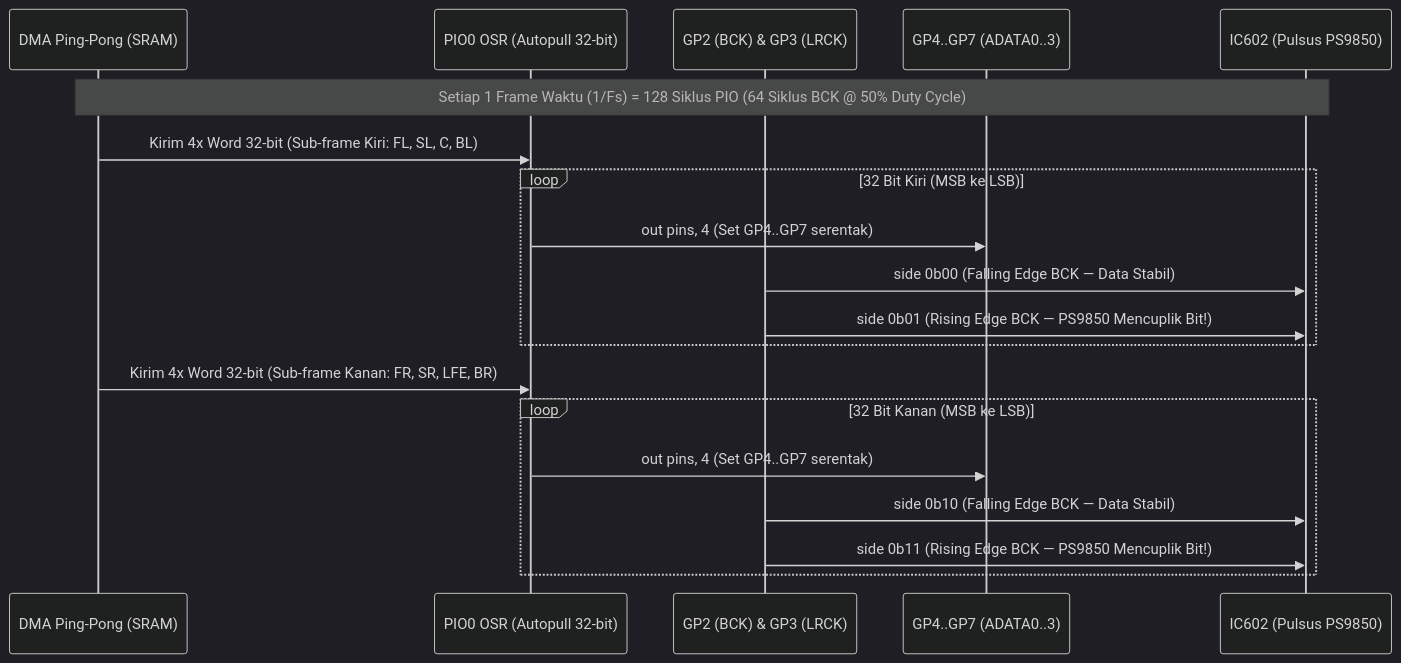
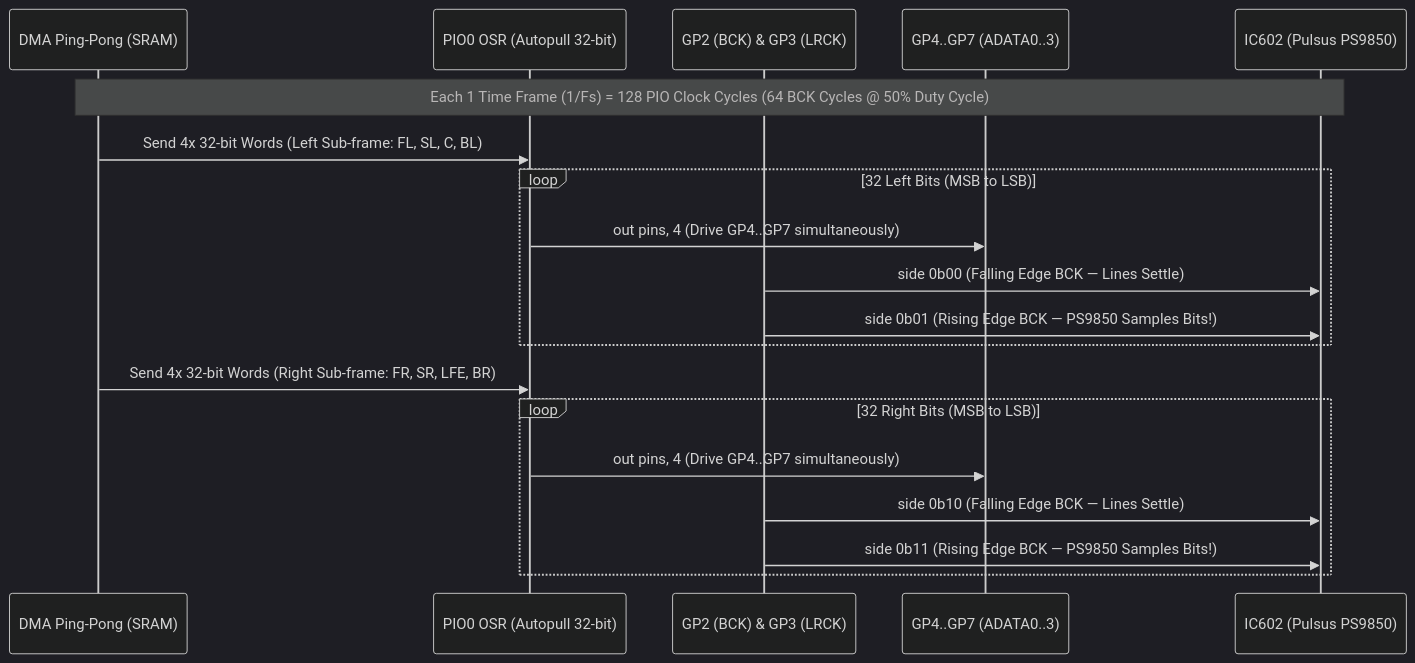
One commit to aan-andiyanaS/LG-HT306-Direct-I2S-5.1-7.1-Lossless-96kHz-USB-Bridge changed the first of 2 diagrams in docs/03_PIO_4Lane_I2S_and_DualCore_DMA.md. Above: the diagram before and after it, drawn with Mermaid (dark theme). The commit also changed other lines of this file and 11 other files, not shown here.

````diff
--- a/docs/03_PIO_4Lane_I2S_and_DualCore_DMA.md
+++ b/docs/03_PIO_4Lane_I2S_and_DualCore_DMA.md
@@ -15,22 +19,22 @@
 ```mermaid
 sequenceDiagram
     participant DMA as DMA Ping-Pong (SRAM)
     participant OSR as PIO0 OSR (Autopull 32-bit)
     participant BCK as GP2 (BCK) & GP3 (LRCK)
     participant DATA as GP4..GP7 (ADATA0..3)
     participant PS as IC602 (Pulsus PS9850)
 
-    Note over DMA,PS: Setiap 1 Frame Waktu (1/Fs) = 128 Siklus PIO (64 Siklus BCK @ 50% Duty Cycle)
-    DMA->>OSR: Kirim 4x Word 32-bit (Sub-frame Kiri: FL, SL, C, BL)
-    loop 32 Bit Kiri (MSB ke LSB)
-        OSR->>DATA: out pins, 4 (Set GP4..GP7 serentak)
-        BCK->>PS: side 0b00 (Falling Edge BCK — Data Stabil)
-        BCK->>PS: side 0b01 (Rising Edge BCK — PS9850 Mencuplik Bit!)
+    Note over DMA,PS: Each 1 Time Frame (1/Fs) = 128 PIO Clock Cycles (64 BCK Cycles @ 50% Duty Cycle)
+    DMA->>OSR: Send 4x 32-bit Words (Left Sub-frame: FL, SL, C, BL)
+    loop 32 Left Bits (MSB to LSB)
+        OSR->>DATA: out pins, 4 (Drive GP4..GP7 simultaneously)
+        BCK->>PS: side 0b00 (Falling Edge BCK — Lines Settle)
+        BCK->>PS: side 0b01 (Rising Edge BCK — PS9850 Samples Bits!)
     end
-    DMA->>OSR: Kirim 4x Word 32-bit (Sub-frame Kanan: FR, SR, LFE, BR)
-    loop 32 Bit Kanan (MSB ke LSB)
-        OSR->>DATA: out pins, 4 (Set GP4..GP7 serentak)
-        BCK->>PS: side 0b10 (Falling Edge BCK — Data Stabil)
-        BCK->>PS: side 0b11 (Rising Edge BCK — PS9850 Mencuplik Bit!)
+    DMA->>OSR: Send 4x 32-bit Words (Right Sub-frame: FR, SR, LFE, BR)
+    loop 32 Right Bits (MSB to LSB)
+        OSR->>DATA: out pins, 4 (Drive GP4..GP7 simultaneously)
+        BCK->>PS: side 0b10 (Falling Edge BCK — Lines Settle)
+        BCK->>PS: side 0b11 (Rising Edge BCK — PS9850 Samples Bits!)
     end
 ```
````
